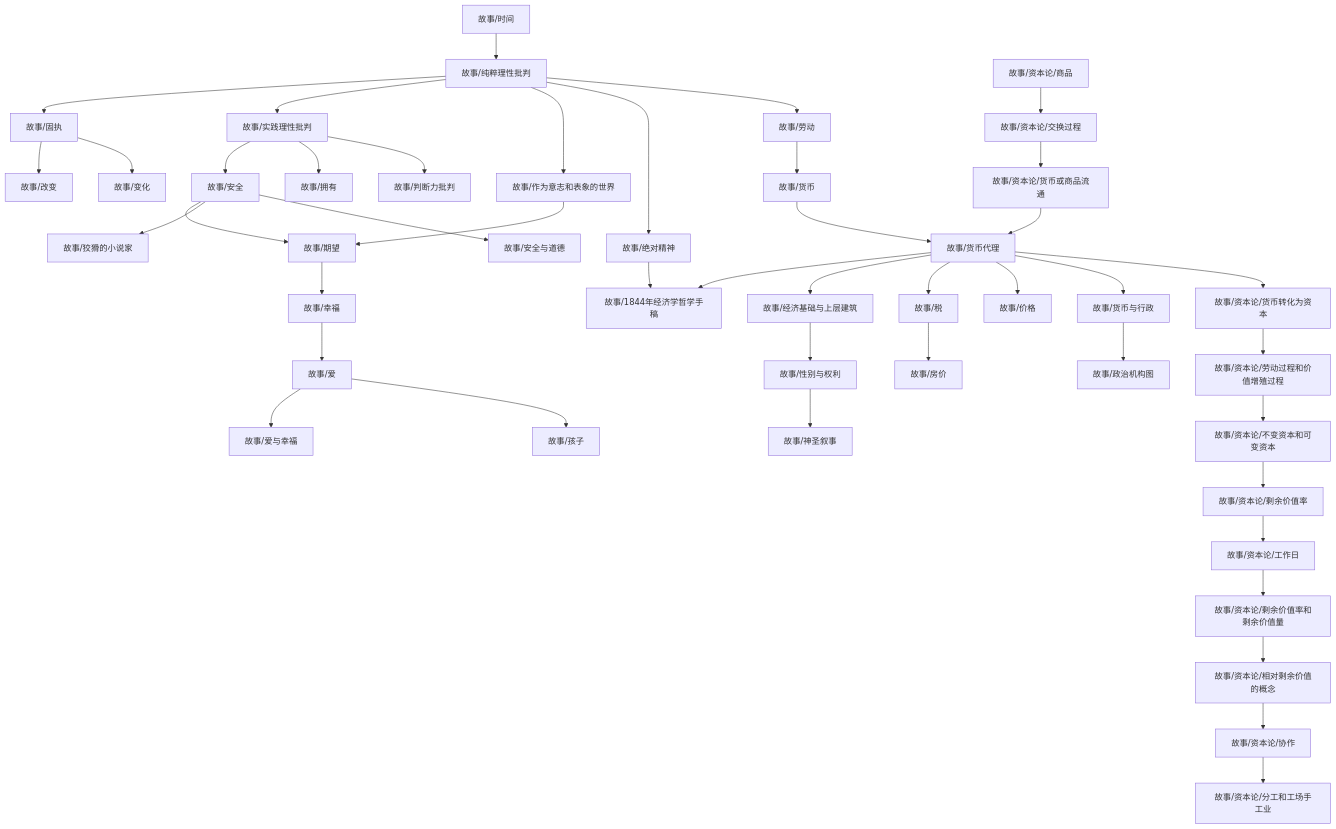
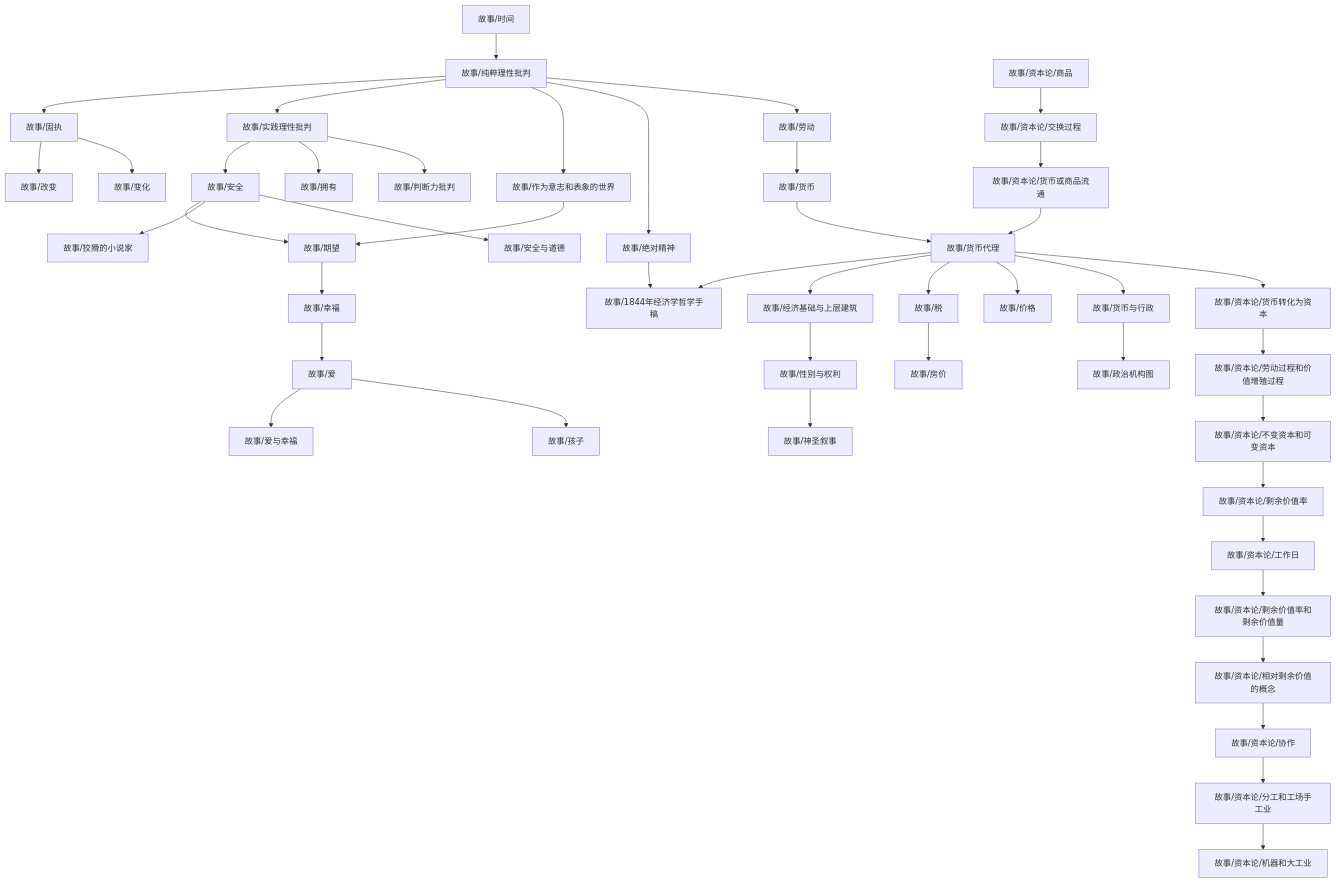
Before and after one commit to zengls3186428803/zengls3186428803.github.io: the diagram in content/故事/dependency_graph.md, drawn with Mermaid. The commit also changed 2 other files, not shown here.

````diff
--- a/content/故事/dependency_graph.md
+++ b/content/故事/dependency_graph.md
@@ -1,46 +1,47 @@
 ```mermaid
 graph TD
 1["故事/纯粹理性批判"] --> 0["故事/固执"]
 3["故事/经济基础与上层建筑"] --> 2["故事/性别与权利"]
 0["故事/固执"] --> 4["故事/改变"]
 6["故事/货币代理"] --> 5["故事/1844年经济学哲学手稿"]
 7["故事/绝对精神"] --> 5["故事/1844年经济学哲学手稿"]
 9["故事/作为意志和表象的世界"] --> 8["故事/期望"]
 10["故事/安全"] --> 8["故事/期望"]
 10["故事/安全"] --> 11["故事/狡猾的小说家"]
 1["故事/纯粹理性批判"] --> 12["故事/实践理性批判"]
 13["故事/时间"] --> 1["故事/纯粹理性批判"]
 12["故事/实践理性批判"] --> 10["故事/安全"]
 6["故事/货币代理"] --> 3["故事/经济基础与上层建筑"]
 12["故事/实践理性批判"] --> 14["故事/拥有"]
 6["故事/货币代理"] --> 15["故事/税"]
 15["故事/税"] --> 16["故事/房价"]
 18["故事/货币与行政"] --> 17["故事/政治机构图"]
 0["故事/固执"] --> 19["故事/变化"]
 21["故事/幸福"] --> 20["故事/爱"]
 6["故事/货币代理"] --> 22["故事/价格"]
 23["故事/货币"] --> 6["故事/货币代理"]
 24["故事/资本论/货币或商品流通"] --> 6["故事/货币代理"]
 1["故事/纯粹理性批判"] --> 9["故事/作为意志和表象的世界"]
 1["故事/纯粹理性批判"] --> 7["故事/绝对精神"]
 6["故事/货币代理"] --> 18["故事/货币与行政"]
 10["故事/安全"] --> 26["故事/安全与道德"]
 2["故事/性别与权利"] --> 27["故事/神圣叙事"]
 20["故事/爱"] --> 28["故事/爱与幸福"]
 29["故事/劳动"] --> 23["故事/货币"]
 20["故事/爱"] --> 30["故事/孩子"]
 1["故事/纯粹理性批判"] --> 29["故事/劳动"]
 12["故事/实践理性批判"] --> 31["故事/判断力批判"]
 8["故事/期望"] --> 21["故事/幸福"]
 33["故事/资本论/不变资本和可变资本"] --> 32["故事/资本论/剩余价值率"]
 34["故事/资本论/交换过程"] --> 24["故事/资本论/货币或商品流通"]
 36["故事/资本论/货币转化为资本"] --> 35["故事/资本论/劳动过程和价值增殖过程"]
 35["故事/资本论/劳动过程和价值增殖过程"] --> 33["故事/资本论/不变资本和可变资本"]
 38["故事/资本论/相对剩余价值的概念"] --> 37["故事/资本论/协作"]
+40["故事/资本论/分工和工场手工业"] --> 39["故事/资本论/机器和大工业"]
 6["故事/货币代理"] --> 36["故事/资本论/货币转化为资本"]
-39["故事/资本论/商品"] --> 34["故事/资本论/交换过程"]
+41["故事/资本论/商品"] --> 34["故事/资本论/交换过程"]
 37["故事/资本论/协作"] --> 40["故事/资本论/分工和工场手工业"]
-42["故事/资本论/工作日"] --> 41["故事/资本论/剩余价值率和剩余价值量"]
-41["故事/资本论/剩余价值率和剩余价值量"] --> 38["故事/资本论/相对剩余价值的概念"]
-32["故事/资本论/剩余价值率"] --> 42["故事/资本论/工作日"]
+43["故事/资本论/工作日"] --> 42["故事/资本论/剩余价值率和剩余价值量"]
+42["故事/资本论/剩余价值率和剩余价值量"] --> 38["故事/资本论/相对剩余价值的概念"]
+32["故事/资本论/剩余价值率"] --> 43["故事/资本论/工作日"]
 ```
````
